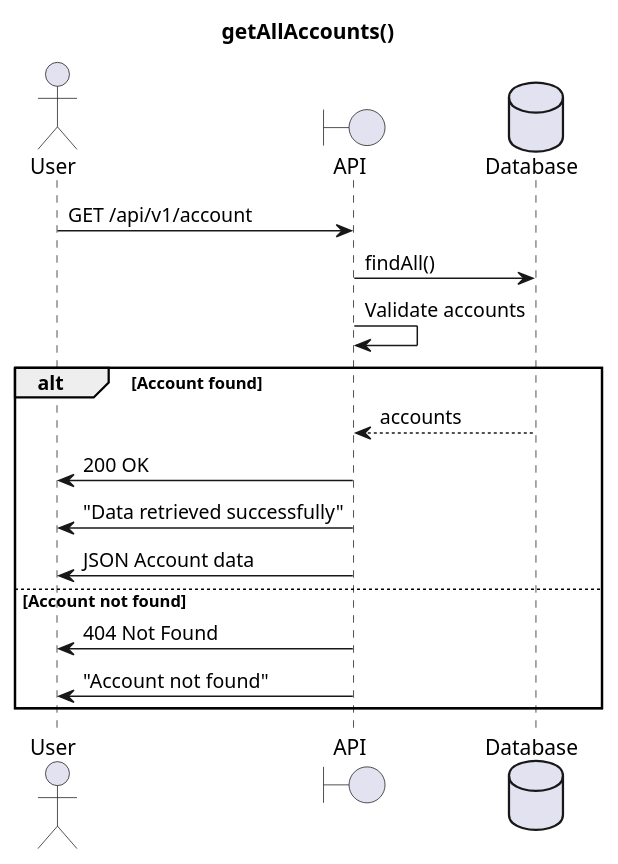
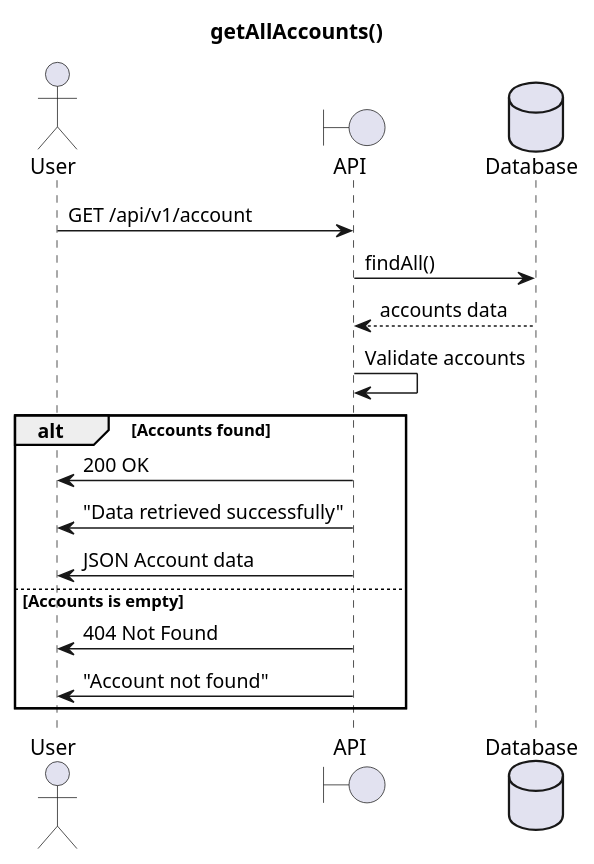
One commit to b6428259/PriorLab1 changed the diagram in PlantUML/Account/getAccounts.puml. Above: the diagram before and after it, drawn with PlantUML. The commit also changed 21 other files, not shown here.

```diff
--- a/PlantUML/Account/getAccounts.puml
+++ b/PlantUML/Account/getAccounts.puml
@@ -1,22 +1,23 @@
 @startuml
 title getAllAccounts()
 
 actor User as u
 boundary API as a
 database Database as d
 
 u->a : GET /api/v1/account
 a->d: findAll()
+d-->a : accounts data
 a->a : Validate accounts
 
-alt Account found
-    d-->a : accounts
+alt Accounts found
+
     a->u : 200 OK
     a->u : "Data retrieved successfully"
     a->u : JSON Account data
-else Account not found
+else Accounts is empty
     a->u : 404 Not Found
     a->u : "Account not found"
 end
 
 @enduml
```
